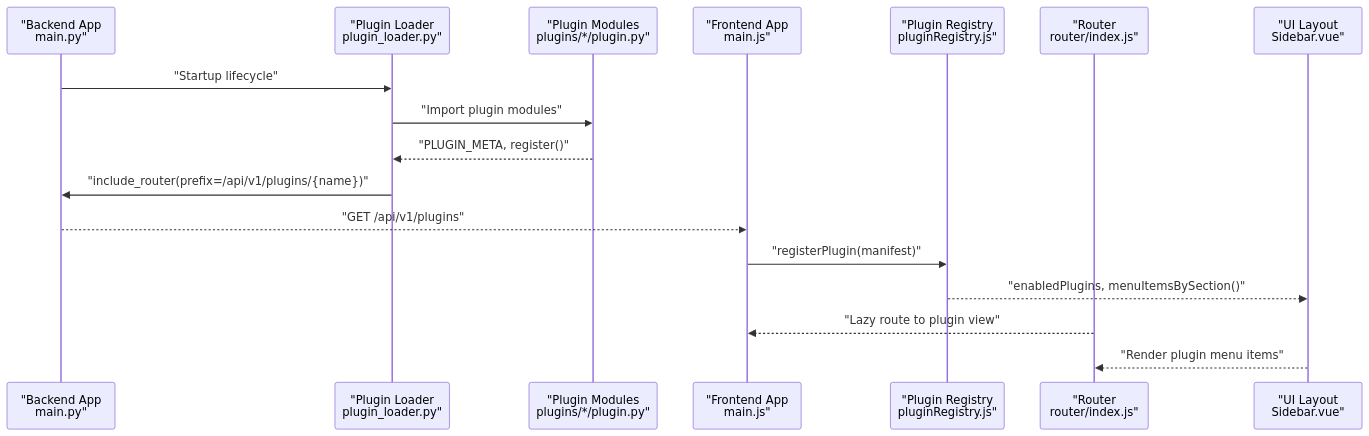
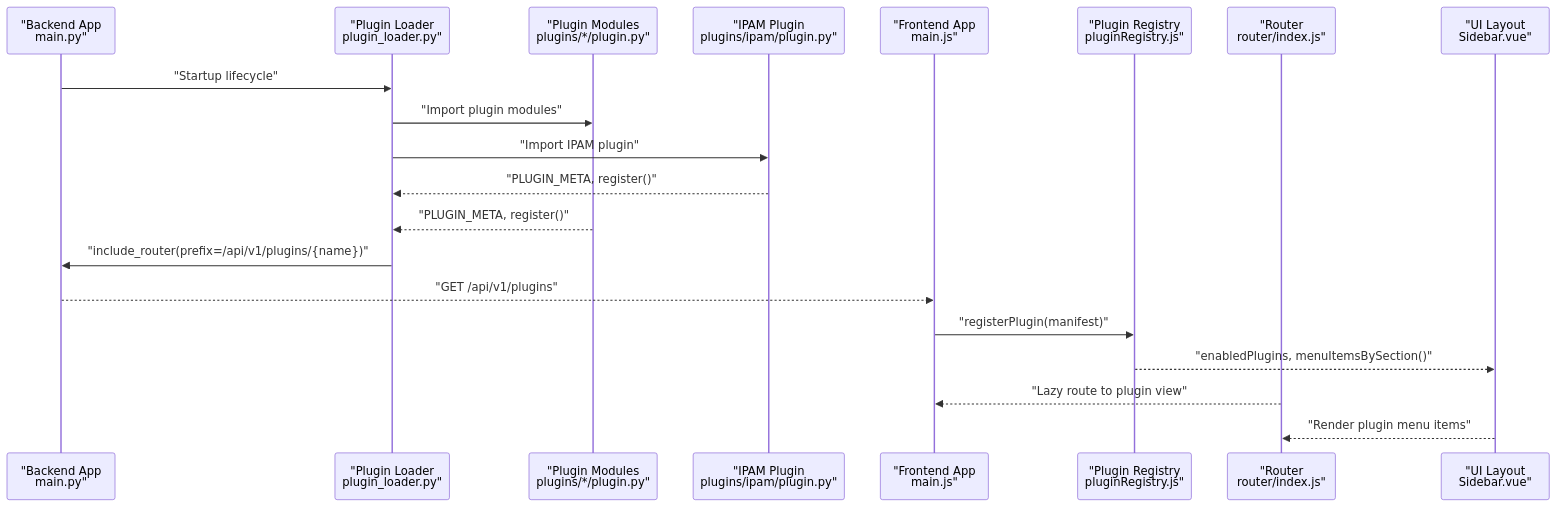
The second of 10 diagrams in .qoder/repowiki/en/content/Plugin System Architecture/Frontend Plugin Integration.md (Nikita5543/New-SSO-02), drawn with Mermaid before and after one commit. The commit also changed other lines of this file and 3 other files, not shown here.

````diff
--- a/.qoder/repowiki/en/content/Plugin System Architecture/Frontend Plugin Integration.md
+++ b/.qoder/repowiki/en/content/Plugin System Architecture/Frontend Plugin Integration.md
@@ -111,19 +132,22 @@
 ```mermaid
 sequenceDiagram
 participant BE as "Backend App<br/>main.py"
 participant PL as "Plugin Loader<br/>plugin_loader.py"
 participant PM as "Plugin Modules<br/>plugins/*/plugin.py"
+participant IPAM as "IPAM Plugin<br/>plugins/ipam/plugin.py"
 participant FE as "Frontend App<br/>main.js"
 participant PR as "Plugin Registry<br/>pluginRegistry.js"
 participant RT as "Router<br/>router/index.js"
 participant UI as "UI Layout<br/>Sidebar.vue"
 BE->>PL : "Startup lifecycle"
 PL->>PM : "Import plugin modules"
+PL->>IPAM : "Import IPAM plugin"
+IPAM-->>PL : "PLUGIN_META, register()"
 PM-->>PL : "PLUGIN_META, register()"
 PL->>BE : "include_router(prefix=/api/v1/plugins/{name})"
 BE-->>FE : "GET /api/v1/plugins"
 FE->>PR : "registerPlugin(manifest)"
 PR-->>UI : "enabledPlugins, menuItemsBySection()"
 RT-->>FE : "Lazy route to plugin view"
 UI-->>RT : "Render plugin menu items"
 ```
````
